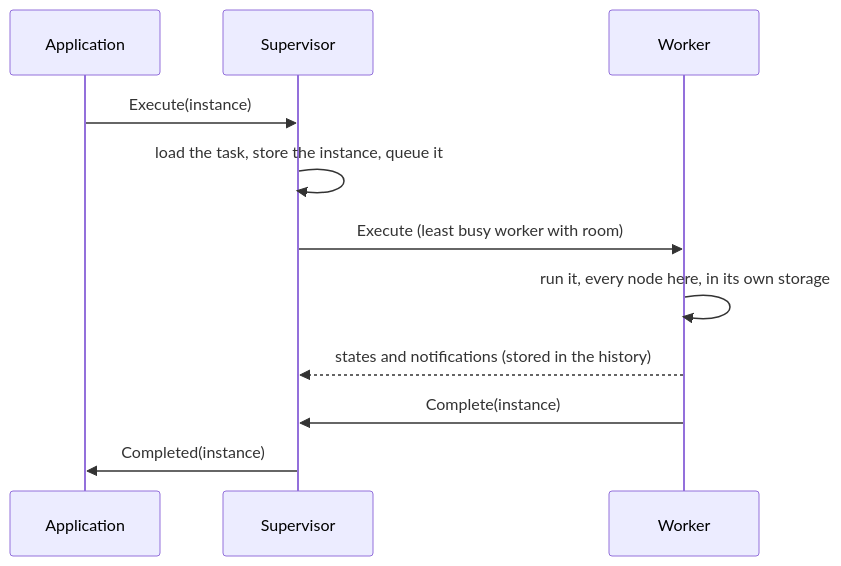
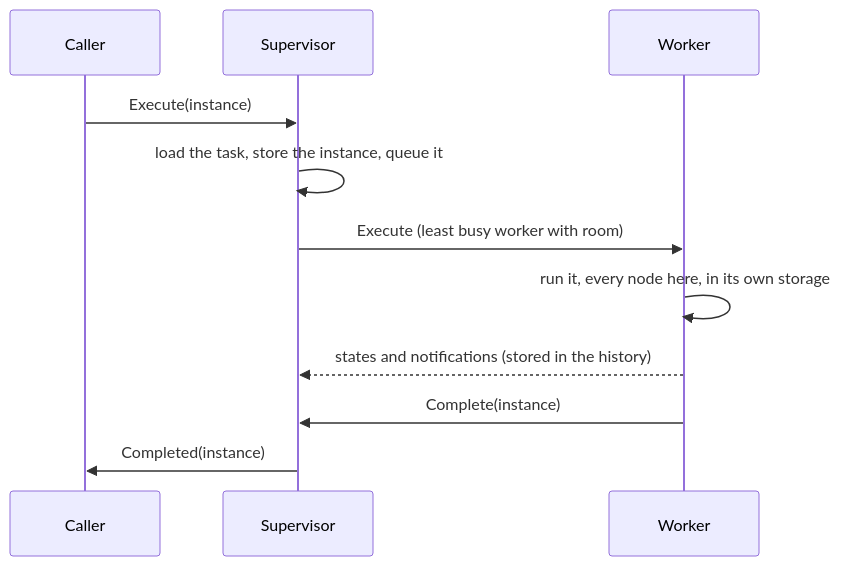
Before and after one commit to ndegheselle/Fantoche-automation: the third of 4 diagrams in architecture.md, drawn with Mermaid. The commit also changed other lines of this file and 8 other files, not shown here.

````diff
--- a/architecture.md
+++ b/architecture.md
@@ -53,14 +55,14 @@
 ```mermaid
 sequenceDiagram
-    participant App as Application
+    participant Caller
     participant Supervisor
     participant Worker
 
-    App->>Supervisor: Execute(instance)
+    Caller->>Supervisor: Execute(instance)
     Supervisor->>Supervisor: load the task, store the instance, queue it
     Supervisor->>Worker: Execute (least busy worker with room)
     Worker->>Worker: run it, every node here, in its own storage
     Worker-->>Supervisor: states and notifications (stored in the history)
     Worker->>Supervisor: Complete(instance)
-    Supervisor->>App: Completed(instance)
+    Supervisor->>Caller: Completed(instance)
 ```
````
